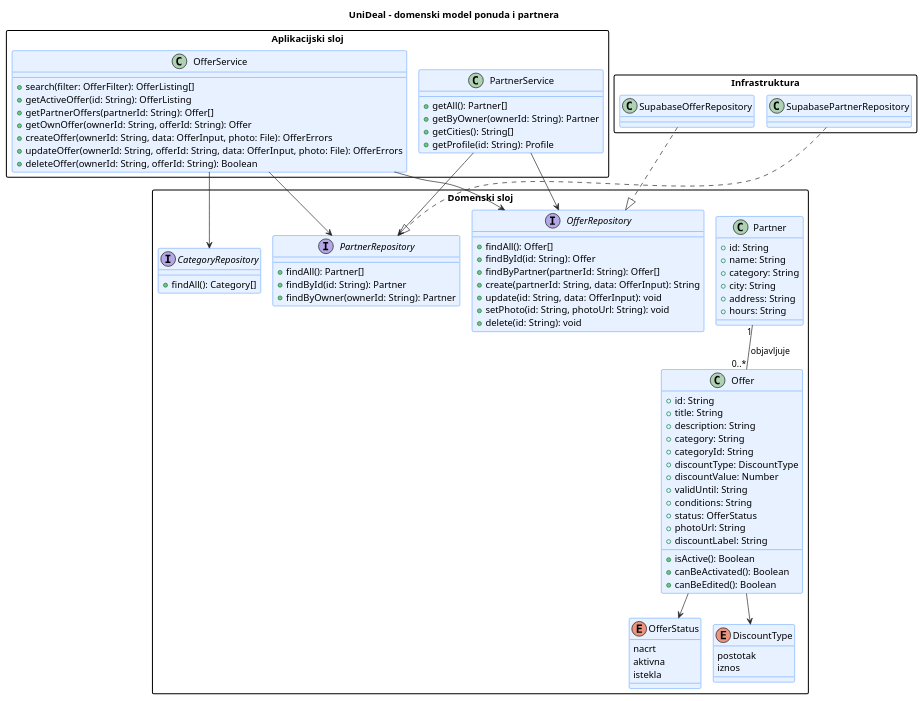
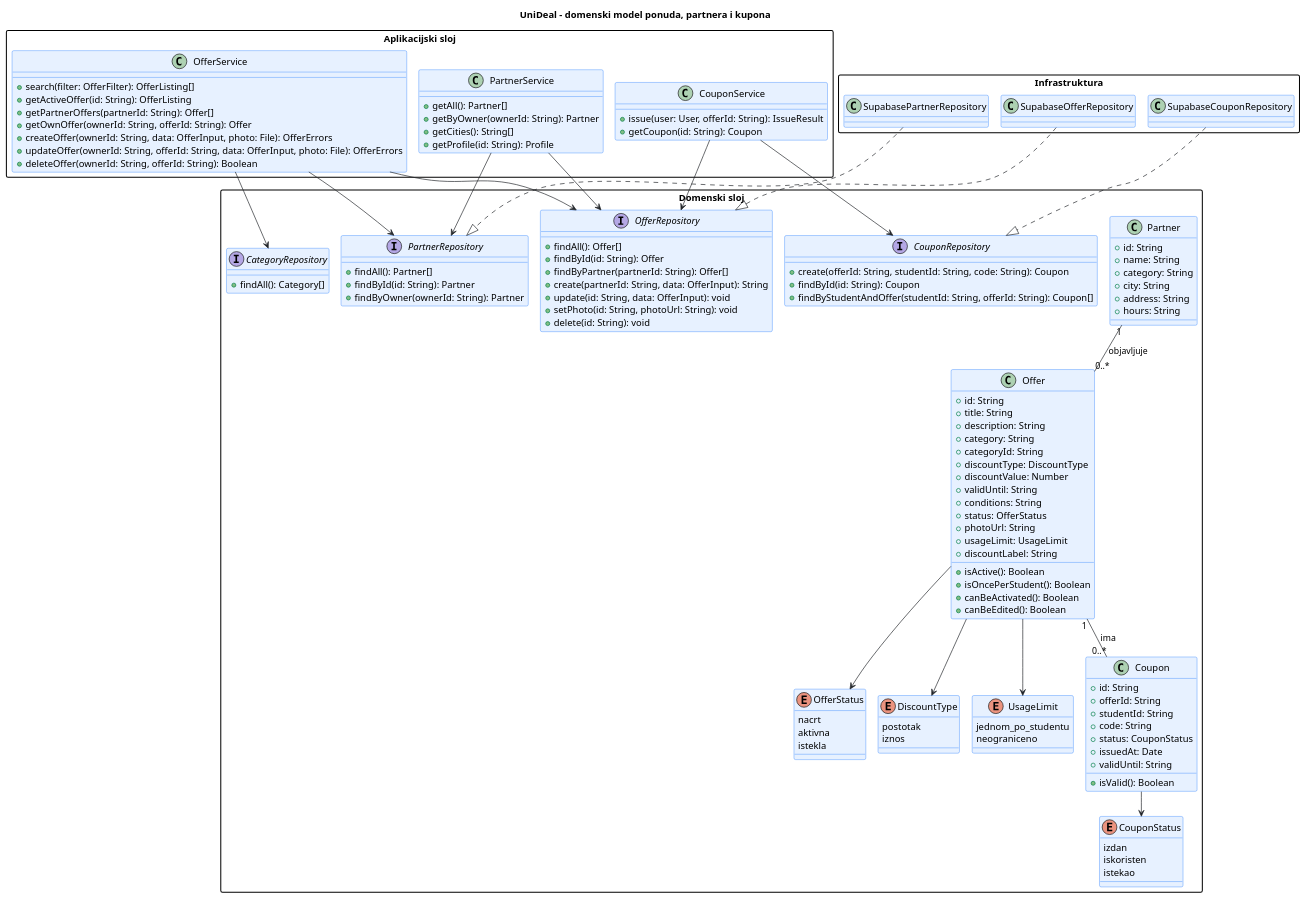
The diagram in docs/puml/4-3-unideal-domain-CD.puml (matejban/UniDeal), drawn with PlantUML before and after one commit. The commit also changed other lines of this file and 3 other files, not shown here.

Commit message:
Dijagram razreda: Coupon, CouponService i CouponRepository

```diff
--- a/docs/puml/4-3-unideal-domain-CD.puml
+++ b/docs/puml/4-3-unideal-domain-CD.puml
@@ -13,105 +14,143 @@
 @startuml
 !pragma layout smetana
-title UniDeal – domenski model ponuda i partnera
+title UniDeal – domenski model ponuda, partnera i kupona
 
 skinparam shadowing false
 skinparam defaultFontName Arial
 skinparam packageStyle rectangle
 skinparam ArrowColor #212529
 
 skinparam class {
     BackgroundColor #E7F1FF
     BorderColor #0D6EFD
 }
 
 package "Aplikacijski sloj" {
     class OfferService {
         +search(filter: OfferFilter): OfferListing[]
         +getActiveOffer(id: String): OfferListing
         +getPartnerOffers(partnerId: String): Offer[]
         +getOwnOffer(ownerId: String, offerId: String): Offer
         +createOffer(ownerId: String, data: OfferInput, photo: File): OfferErrors
         +updateOffer(ownerId: String, offerId: String, data: OfferInput, photo: File): OfferErrors
         +deleteOffer(ownerId: String, offerId: String): Boolean
     }
     class PartnerService {
         +getAll(): Partner[]
         +getByOwner(ownerId: String): Partner
         +getCities(): String[]
         +getProfile(id: String): Profile
     }
+    class CouponService {
+        +issue(user: User, offerId: String): IssueResult
+        +getCoupon(id: String): Coupon
+    }
 }
 
 package "Domenski sloj" {
     enum OfferStatus {
         nacrt
         aktivna
         istekla
     }
     enum DiscountType {
         postotak
         iznos
+    }
+    enum UsageLimit {
+        jednom_po_studentu
+        neograniceno
+    }
+    enum CouponStatus {
+        izdan
+        iskoristen
+        istekao
     }
     class Offer {
         +id: String
         +title: String
         +description: String
         +category: String
         +categoryId: String
         +discountType: DiscountType
         +discountValue: Number
         +validUntil: String
         +conditions: String
         +status: OfferStatus
         +photoUrl: String
+        +usageLimit: UsageLimit
         +isActive(): Boolean
+        +isOncePerStudent(): Boolean
         +canBeActivated(): Boolean
         +canBeEdited(): Boolean
         +discountLabel: String
     }
     class Partner {
         +id: String
         +name: String
         +category: String
         +city: String
         +address: String
         +hours: String
+    }
+    class Coupon {
+        +id: String
+        +offerId: String
+        +studentId: String
+        +code: String
+        +status: CouponStatus
+        +issuedAt: Date
+        +validUntil: String
+        +isValid(): Boolean
     }
     interface OfferRepository {
         +findAll(): Offer[]
         +findById(id: String): Offer
         +findByPartner(partnerId: String): Offer[]
         +create(partnerId: String, data: OfferInput): String
         +update(id: String, data: OfferInput): void
         +setPhoto(id: String, photoUrl: String): void
         +delete(id: String): void
     }
     interface PartnerRepository {
         +findAll(): Partner[]
         +findById(id: String): Partner
         +findByOwner(ownerId: String): Partner
     }
     interface CategoryRepository {
         +findAll(): Category[]
     }
+    interface CouponRepository {
+        +create(offerId: String, studentId: String, code: String): Coupon
+        +findById(id: String): Coupon
+        +findByStudentAndOffer(studentId: String, offerId: String): Coupon[]
+    }
 }
 
 package "Infrastruktura" {
     class SupabaseOfferRepository
     class SupabasePartnerRepository
+    class SupabaseCouponRepository
 }
 
 Partner "1" -- "0..*" Offer : objavljuje >
 Offer --> OfferStatus
 Offer --> DiscountType
+Offer --> UsageLimit
+Offer "1" -- "0..*" Coupon : ima >
+Coupon --> CouponStatus
+
 
 OfferService --> OfferRepository
 OfferService --> PartnerRepository
 OfferService --> CategoryRepository
 PartnerService --> PartnerRepository
 PartnerService --> OfferRepository
+CouponService --> CouponRepository
+CouponService --> OfferRepository
 
 SupabaseOfferRepository ..|> OfferRepository
 SupabasePartnerRepository ..|> PartnerRepository
+SupabaseCouponRepository ..|> CouponRepository
 
 @enduml
```
